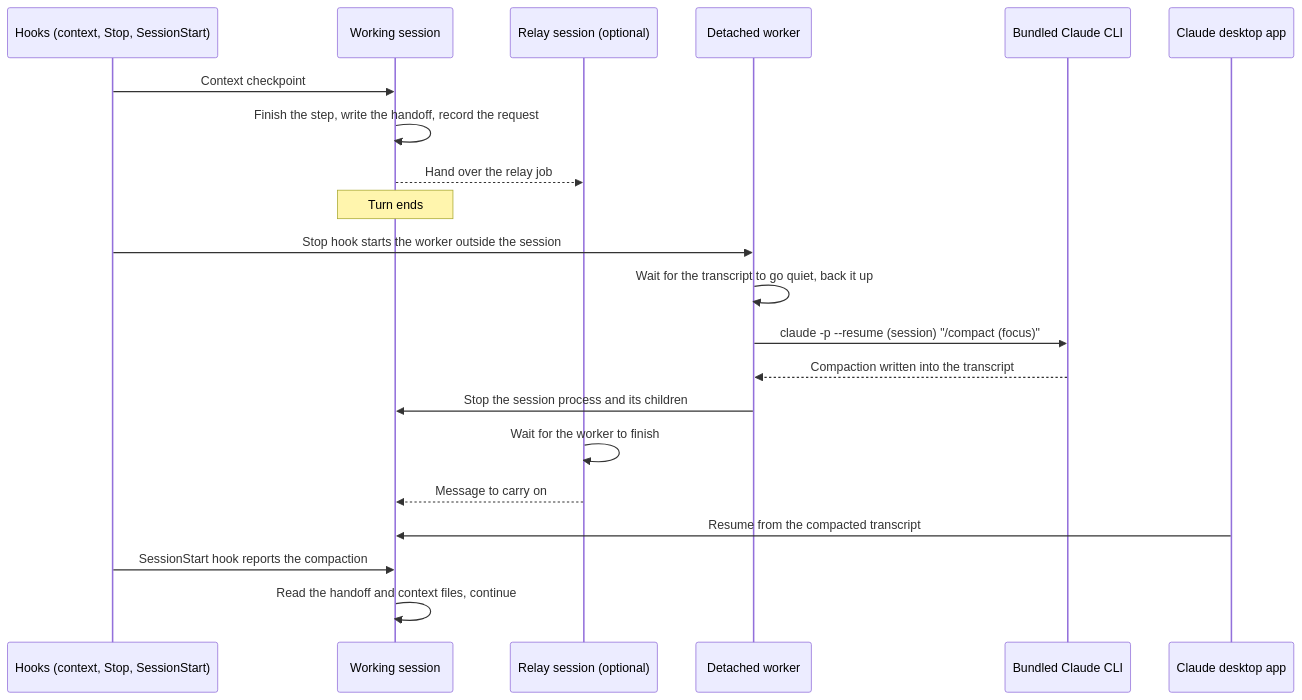
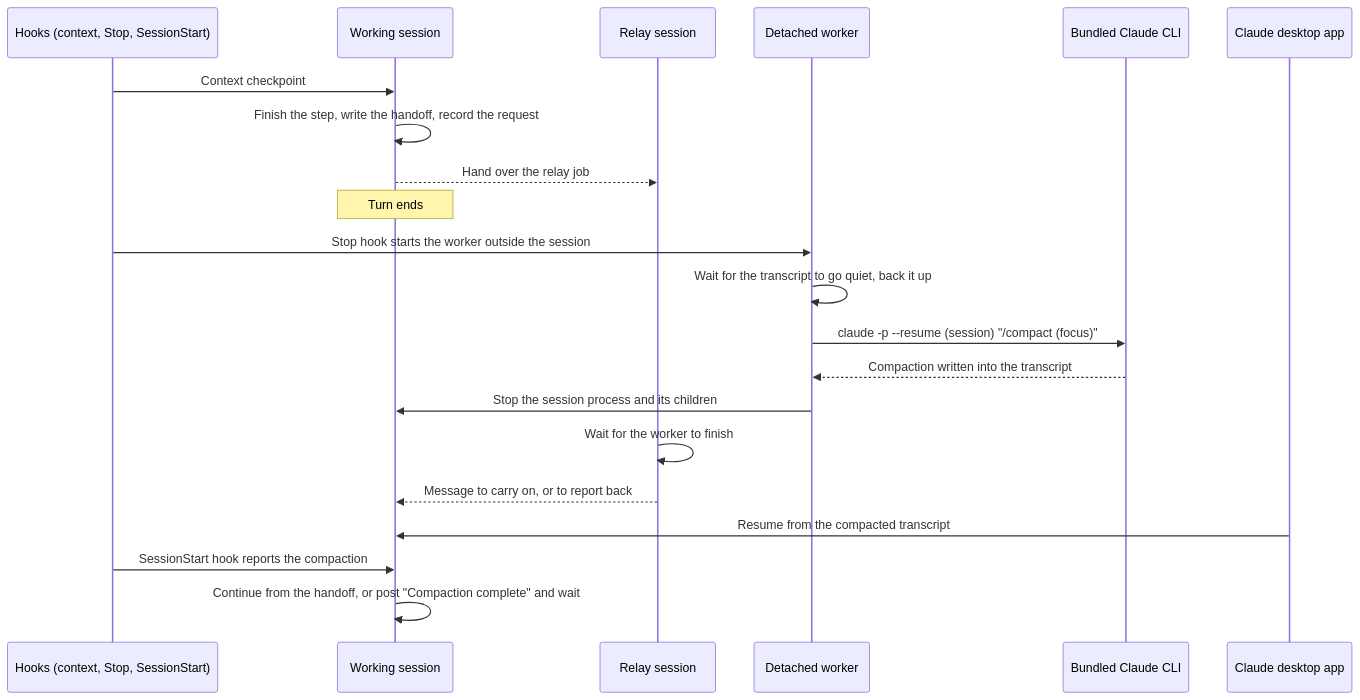
Before and after one commit to kobinkempe/claude-self-compaction: the diagram in README.md, drawn with Mermaid. The commit also changed other lines of this file and 5 other files, not shown here.

First line of the commit message:
Add a compact-and-report mode that confirms the compaction

````diff
--- a/README.md
+++ b/README.md
@@ -28,23 +28,23 @@
 ```mermaid
 sequenceDiagram
     participant Hooks as Hooks (context, Stop, SessionStart)
     participant Session as Working session
-    participant Relay as Relay session (optional)
+    participant Relay as Relay session
     participant Worker as Detached worker
     participant CLI as Bundled Claude CLI
     participant App as Claude desktop app
     Hooks->>Session: Context checkpoint
     Session->>Session: Finish the step, write the handoff, record the request
     Session-->>Relay: Hand over the relay job
     Note over Session: Turn ends
     Hooks->>Worker: Stop hook starts the worker outside the session
     Worker->>Worker: Wait for the transcript to go quiet, back it up
     Worker->>CLI: claude -p --resume (session) "/compact (focus)"
     CLI-->>Worker: Compaction written into the transcript
     Worker->>Session: Stop the session process and its children
     Relay->>Relay: Wait for the worker to finish
-    Relay-->>Session: Message to carry on
+    Relay-->>Session: Message to carry on, or to report back
     App->>Session: Resume from the compacted transcript
     Hooks->>Session: SessionStart hook reports the compaction
-    Session->>Session: Read the handoff and context files, continue
+    Session->>Session: Continue from the handoff, or post "Compaction complete" and wait
 ```
````
